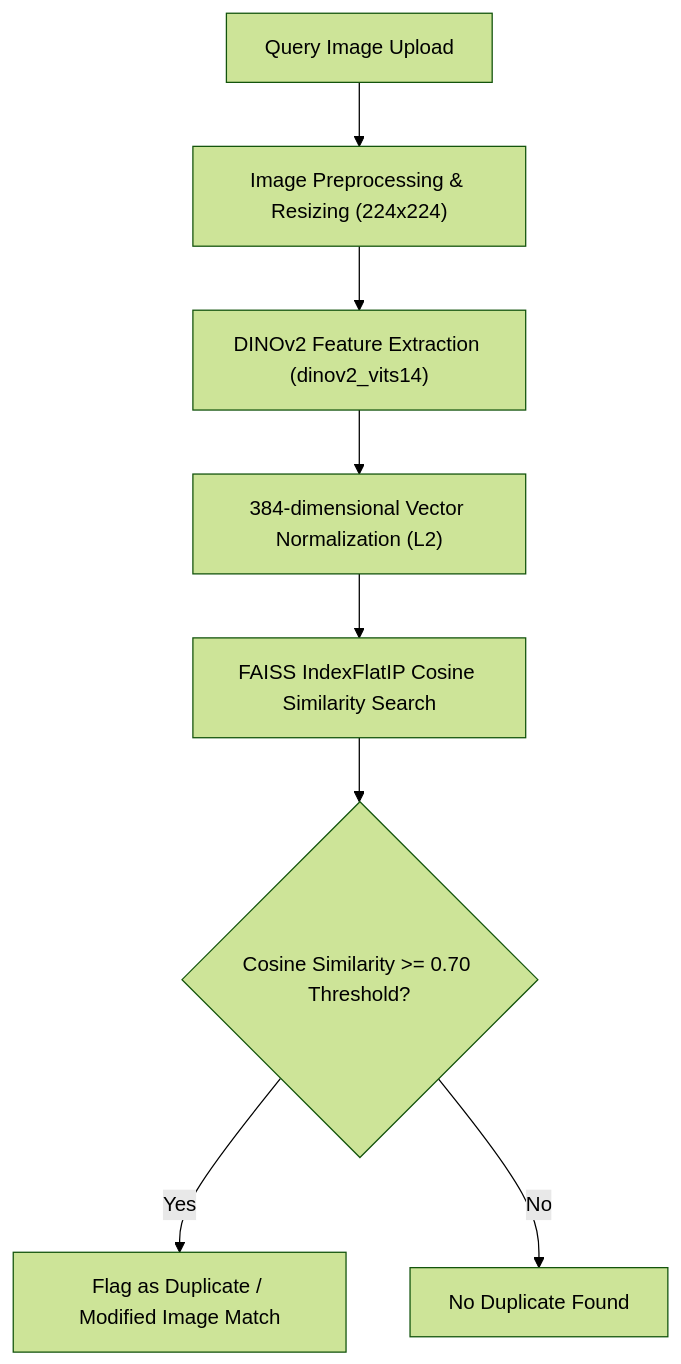
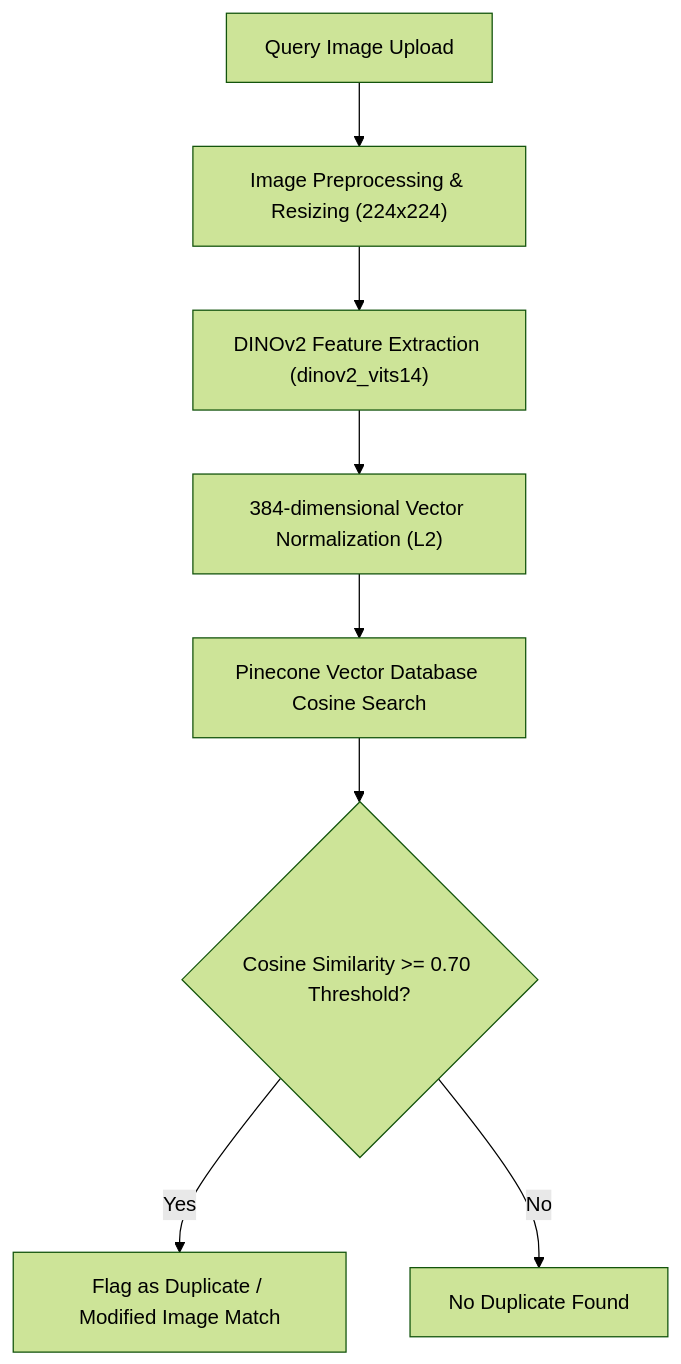
One commit to yogesh-3324/Binary-Brains changed the first of 2 diagrams in README.md. Above: the diagram before and after it, drawn with Mermaid (forest theme). The commit also changed other lines of this file and 16 other files, not shown here.

Commit message:
feat: integrate Pinecone vector database for image and video duplicate detection and update README

````diff
--- a/README.md
+++ b/README.md
@@ -97,10 +100,10 @@
 ```mermaid
 graph TD
     A["Query Image Upload"] --> B["Image Preprocessing & Resizing (224x224)"]
     B --> C["DINOv2 Feature Extraction (dinov2_vits14)"]
     C --> D["384-dimensional Vector Normalization (L2)"]
-    D --> E["FAISS IndexFlatIP Cosine Similarity Search"]
+    D --> E["Pinecone Vector Database Cosine Search"]
     E --> F{"Cosine Similarity >= 0.70 Threshold?"}
     F -- Yes --> G["Flag as Duplicate / Modified Image Match"]
     F -- No --> H["No Duplicate Found"]
 ```
````
